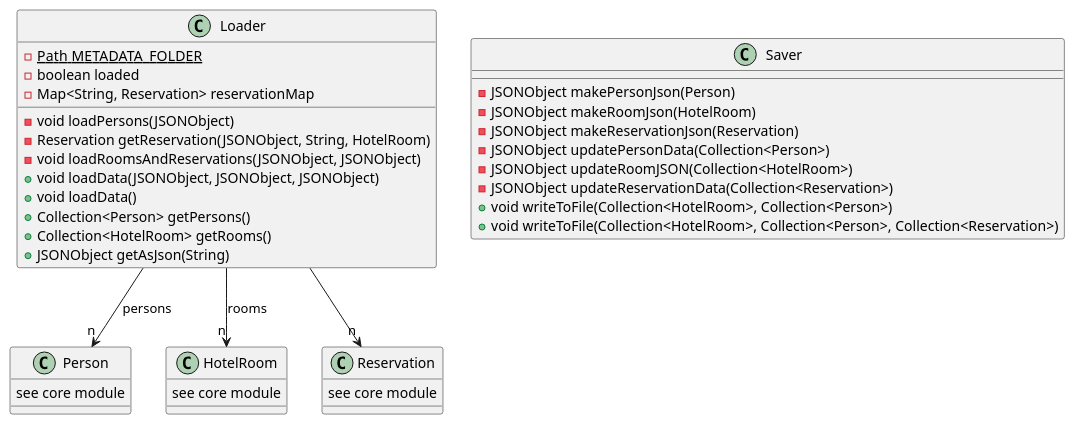
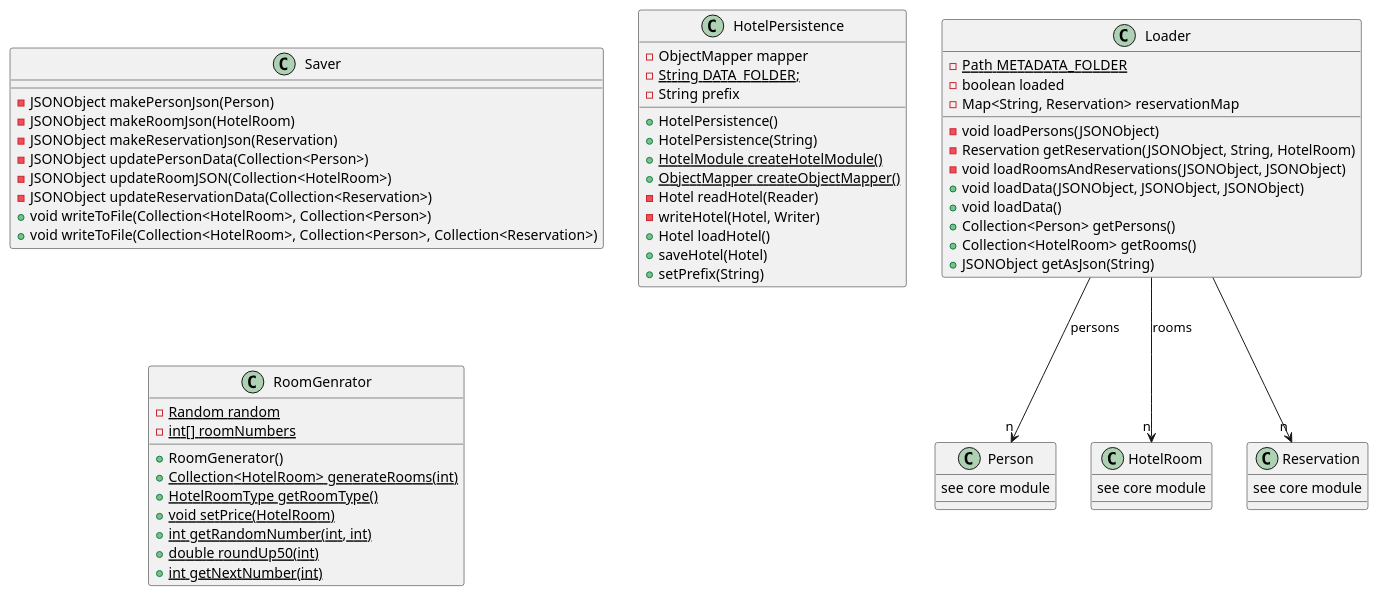
The diagram in docs/modules/persistence.md (erlendps/IT1901---HotelSys), drawn with PlantUML before and after one commit.

Commit message:
#144 New classes added to class diagram presistence

````diff
--- a/docs/modules/persistence.md
+++ b/docs/modules/persistence.md
@@ -1,44 +1,73 @@
 ```plantuml
 @startuml
 class Loader {
     - {static} Path METADATA_FOLDER
     - boolean loaded
     - Map<String, Reservation> reservationMap
     - void loadPersons(JSONObject)
     - Reservation getReservation(JSONObject, String, HotelRoom)
     - void loadRoomsAndReservations(JSONObject, JSONObject)
     + void loadData(JSONObject, JSONObject, JSONObject)
     + void loadData()
     + Collection<Person> getPersons()
     + Collection<HotelRoom> getRooms()
     + JSONObject getAsJson(String)
 }
 
 class Saver {
     - JSONObject makePersonJson(Person)
     - JSONObject makeRoomJson(HotelRoom)
     - JSONObject makeReservationJson(Reservation)
     - JSONObject updatePersonData(Collection<Person>)
     - JSONObject updateRoomJSON(Collection<HotelRoom>)
     - JSONObject updateReservationData(Collection<Reservation>)
     + void writeToFile(Collection<HotelRoom>, Collection<Person>)
     + void writeToFile(Collection<HotelRoom>, Collection<Person>, Collection<Reservation>)
 }
 
+class HotelPersistence{
+    - ObjectMapper mapper
+    - {static} String DATA_FOLDER;
+    - String prefix
+
+    + HotelPersistence()
+    + HotelPersistence(String)
+    + {static} HotelModule createHotelModule()
+    + {static} ObjectMapper createObjectMapper()
+    - Hotel readHotel(Reader)
+    - writeHotel(Hotel, Writer)
+    + Hotel loadHotel() 
+    + saveHotel(Hotel)
+    + setPrefix(String)
+}
+
+class RoomGenrator {
+    - {static} Random random
+    - {static} int[] roomNumbers
+
+    + RoomGenerator()
+    + {static} Collection<HotelRoom> generateRooms(int)
+    + {static} HotelRoomType getRoomType()
+    + {static} void setPrice(HotelRoom) 
+    + {static} int getRandomNumber(int, int)
+    + {static} double roundUp50(int)
+    + {static} int getNextNumber(int)
+}
+
 class Person {
     see core module
 }
 
 class HotelRoom {
     see core module
 }
 
 class Reservation {
     see core module
 }
 
 Loader --> "n" Person : persons
 Loader --> "n" HotelRoom : rooms
 Loader --> "n" Reservation
 @enduml
 ```
````
